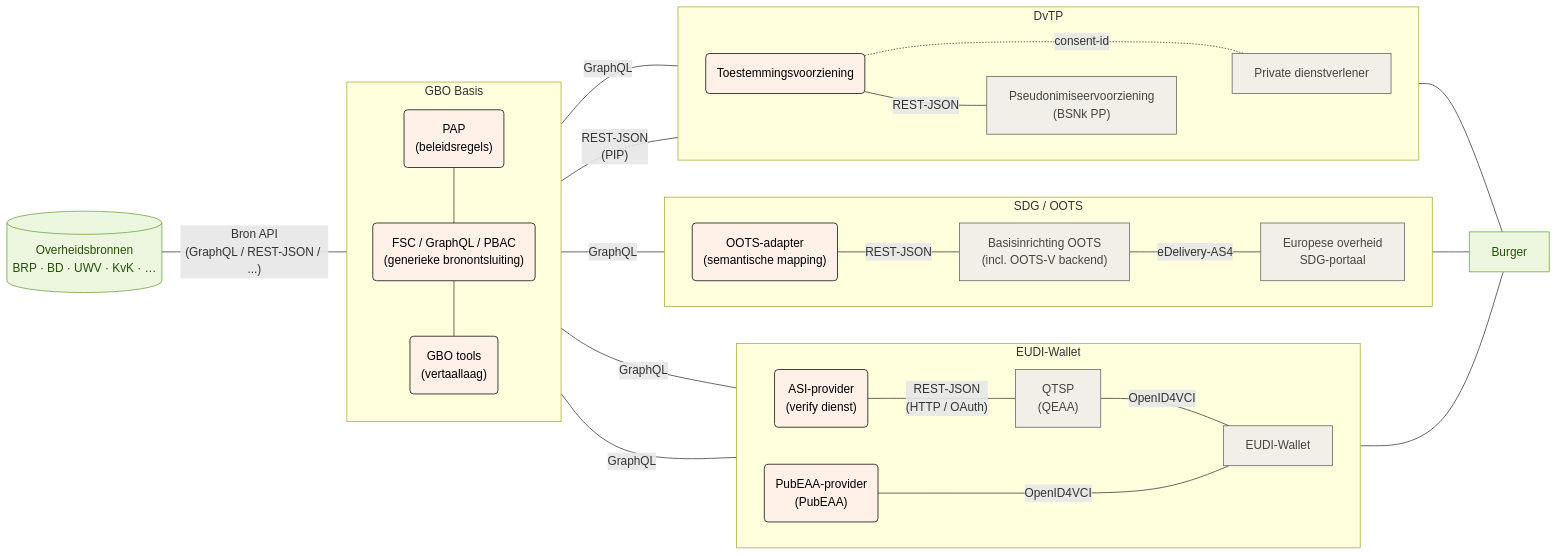
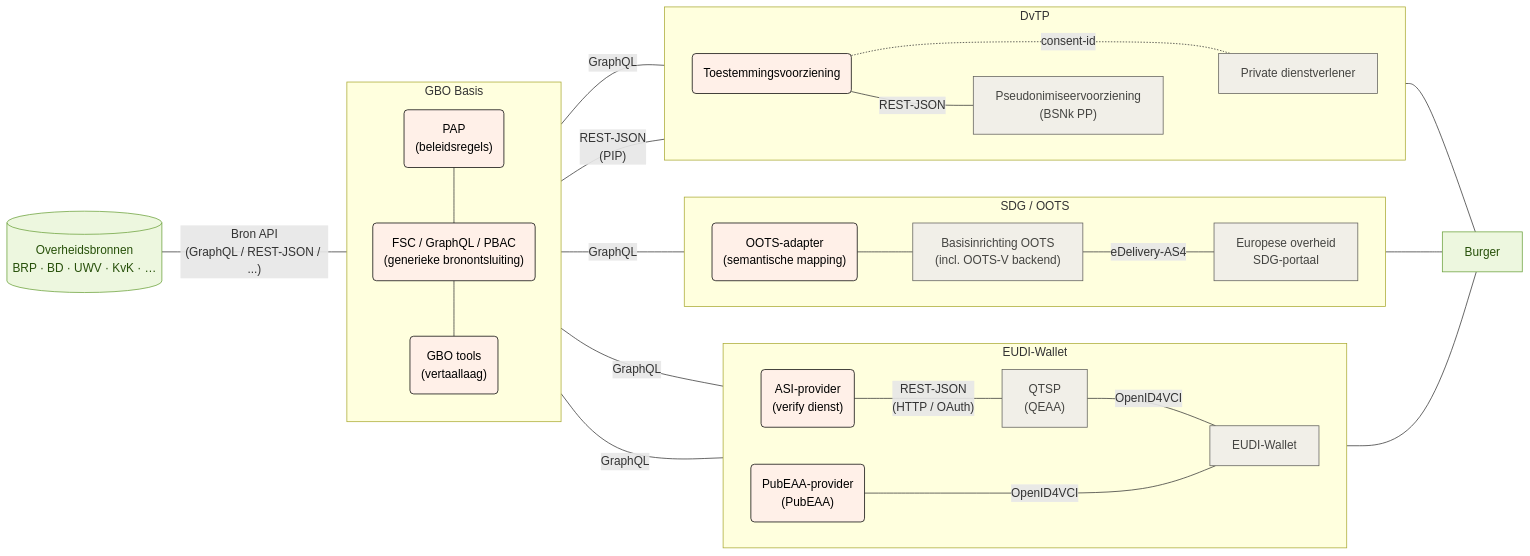
The diagram in main/diagrammen/gbo_swimlanes.mmd (ICTU/GBO-GO), drawn with Mermaid before and after one commit. The commit also changed 5 other files, not shown here.

```diff
--- a/main/diagrammen/gbo_swimlanes.mmd
+++ b/main/diagrammen/gbo_swimlanes.mmd
@@ -1,67 +1,67 @@
 flowchart LR
   subgraph gbo["GBO Basis"]
     direction TB
         fsc_pap("PAP<br/>(beleidsregels)")
         fsc("FSC / GraphQL / PBAC<br/>(generieke bronontsluiting)")
         fsc_tools("GBO tools<br/>(vertaallaag)")
   end
   subgraph eudi["EUDI-Wallet"]
     direction LR
         eudi_asi("ASI-provider<br/>(verify dienst)")
         eudi_pubeaa("PubEAA-provider<br/>(PubEAA)")
         eudi_qeaa["QTSP<br/>(QEAA)"]
         eudi_wallet["EUDI-Wallet"]
   end
   subgraph oots["SDG / OOTS"]
     direction LR
         oots_adapter("OOTS-adapter<br/>(semantische mapping)")
         oots_basis["Basisinrichting OOTS<br/>(incl. OOTS-V backend)"]
         oots_afnemer["Europese overheid<br/>SDG-portaal"]
   end
   subgraph dvtp["DvTP"]
     direction LR
         dvtp_toestemming("Toestemmingsvoorziening")
         dvtp_pseudoniem["Pseudonimiseervoorziening<br/>(BSNk PP)"]
         dvtp_afnemer["Private dienstverlener"]
   end
 
   fsc_pap --- fsc
   fsc --- fsc_tools
   bron[("Overheidsbronnen<br/>BRP · BD · UWV · KvK · …")] -- Bron API<br/>(GraphQL / REST-JSON / ...) --- gbo
   eudi_asi -- REST-JSON<br/>(HTTP / OAuth) --- eudi_qeaa
   eudi_qeaa -- OpenID4VCI --- eudi_wallet
   gbo -- GraphQL --- eudi_asi & eudi_pubeaa & oots_adapter & dvtp_afnemer
   eudi_pubeaa -- OpenID4VCI ---- eudi_wallet
-  oots_adapter -- REST-JSON --- oots_basis
+  oots_adapter --- oots_basis
   oots_basis -- eDelivery-AS4 --- oots_afnemer
   gbo -- REST-JSON<br/>(PIP) --- dvtp_toestemming
   dvtp_toestemming -. consent-id .- dvtp_afnemer
   dvtp_toestemming -- REST-JSON --- dvtp_pseudoniem
   dvtp_pseudoniem ~~~ dvtp_afnemer
   eudi_wallet --- burger["Burger"]
   oots_afnemer --- burger
   dvtp_afnemer --- burger
 
   fsc_pap:::gbo
   fsc:::gbo
   fsc_tools:::gbo
   eudi_asi:::gbo
   eudi_pubeaa:::gbo
   eudi_qeaa:::eudi
   eudi_wallet:::eudi
   oots_adapter:::gbo
   oots_basis:::oots
   oots_afnemer:::oots
   dvtp_toestemming:::gbo
   dvtp_pseudoniem:::dvtp
   dvtp_afnemer:::dvtp
   bron:::bron
   burger:::burger
 
   classDef bron fill:#edf7df,stroke:#6aa13a,color:#27500a
   classDef generiek fill:#f1efe8,stroke:#5f5e5a,color:#444441
   classDef eudi fill:#f1efe8,stroke:#5f5e5a,color:#444441
   classDef oots fill:#f1efe8,stroke:#5f5e5a,color:#444441
   classDef dvtp fill:#f1efe8,stroke:#5f5e5a,color:#444441
   classDef gbo fill:#fff0e8,stroke:#000000,color:#000000
   classDef burger fill:#edf7df,stroke:#6aa13a,color:#27500a
```
